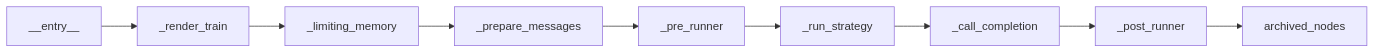
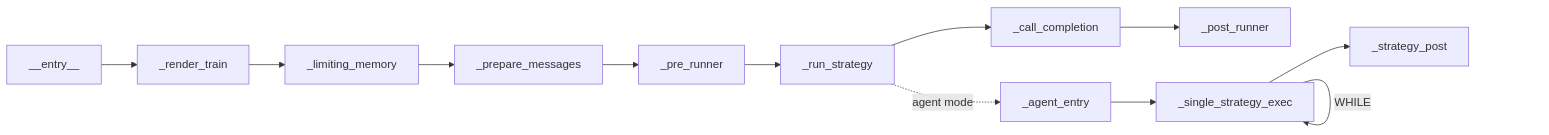
One commit to AmritaBot/AmritaCore changed the diagram in docs/docs/guide/concepts/workflow-engine.md. Above: the diagram before and after it, drawn with Mermaid. The commit also changed other lines of this file and 65 other files, not shown here.

````diff
--- a/docs/docs/guide/concepts/workflow-engine.md
+++ b/docs/docs/guide/concepts/workflow-engine.md
@@ -25,11 +25,14 @@
 ```mermaid
 graph LR
     A[__entry__] --> B[_render_train]
     B --> C[_limiting_memory]
     C --> D[_prepare_messages]
     D --> E[_pre_runner]
     E --> F[_run_strategy]
     F --> G[_call_completion]
     G --> H[_post_runner]
-    H --> I[archived_nodes]
+    F -.->|agent mode| I[_agent_entry]
+    I --> J[_single_strategy_exec]
+    J -->|WHILE| J
+    J --> K[_strategy_post]
 ```
````
